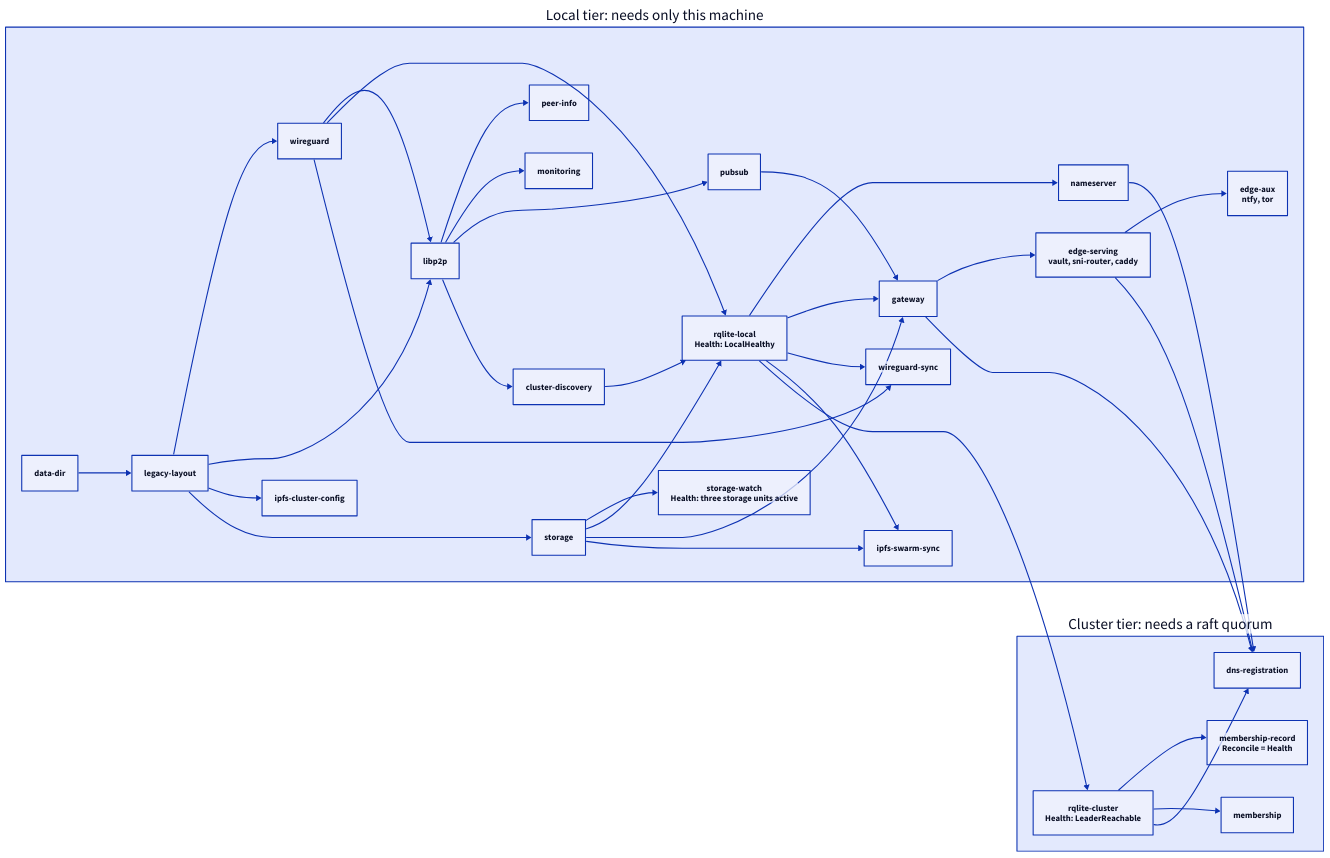
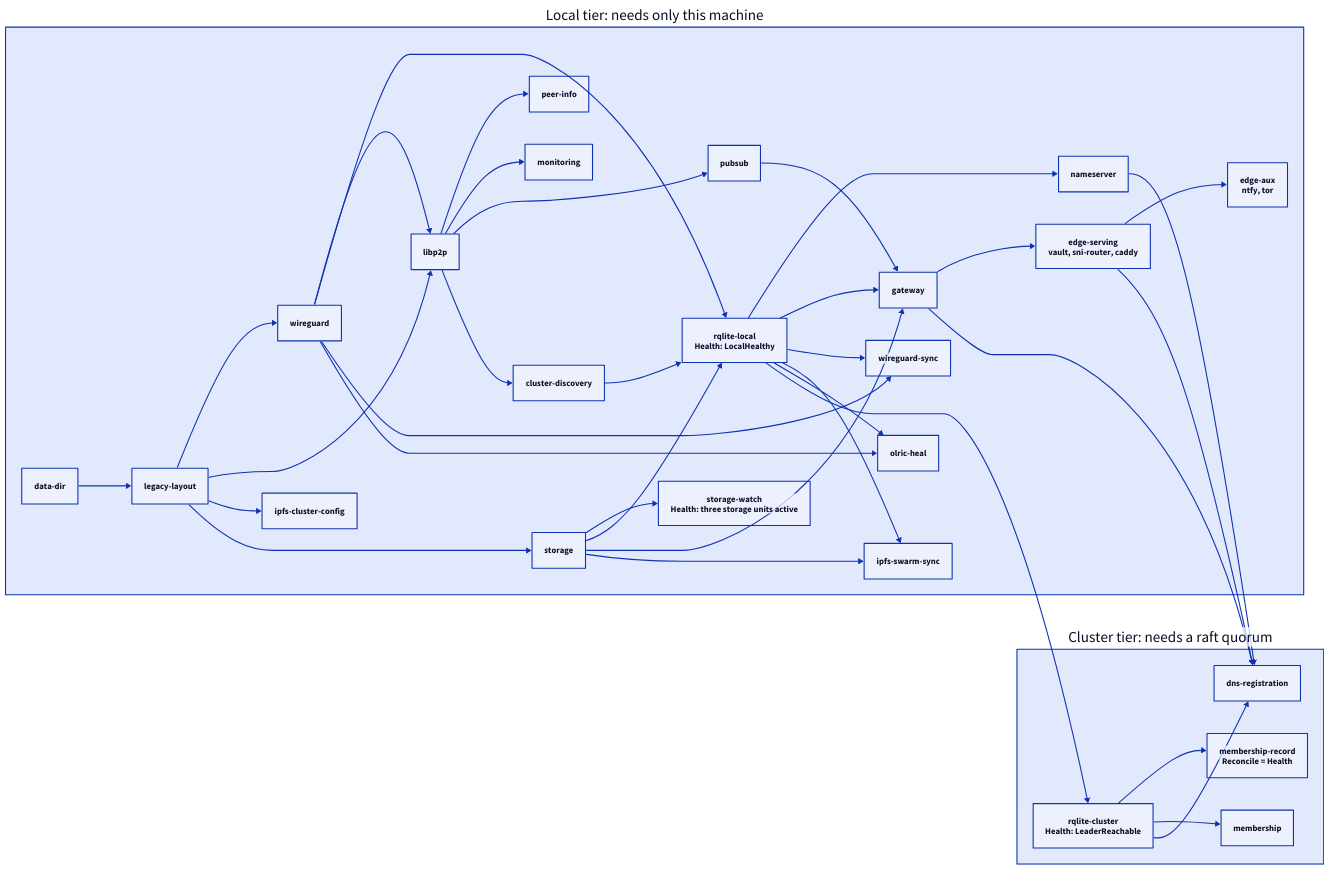
One commit to DeBrosOfficial/network changed the diagram in docs/whitepaper/technical-reference/diagrams/ch04-boot-graph.d2. Above: the diagram before and after it, drawn with D2. The commit also changed 18 other files, not shown here.

```diff
--- a/docs/whitepaper/technical-reference/diagrams/ch04-boot-graph.d2
+++ b/docs/whitepaper/technical-reference/diagrams/ch04-boot-graph.d2
@@ -1,61 +1,64 @@
 direction: right
 
 local: "Local tier: needs only this machine" {
   dd: "data-dir"
   ll: "legacy-layout"
   wg: "wireguard"
   p2p: "libp2p"
   pi: "peer-info"
   mon: "monitoring"
   ps: "pubsub"
   icc: "ipfs-cluster-config"
   st: "storage"
   sw: "storage-watch\nHealth: three storage units active"
   cd: "cluster-discovery"
   rl: "rqlite-local\nHealth: LocalHealthy"
   ns: "nameserver"
   gw: "gateway"
   es: "edge-serving\nvault, sni-router, caddy"
   ea: "edge-aux\nntfy, tor"
   wgs: "wireguard-sync"
   iss: "ipfs-swarm-sync"
+  oh: "olric-heal"
 }
 
 cluster: "Cluster tier: needs a raft quorum" {
   rc: "rqlite-cluster\nHealth: LeaderReachable"
   mr: "membership-record\nReconcile = Health"
   mem: "membership"
   dns: "dns-registration"
 }
 
 local.dd -> local.ll
 local.ll -> local.wg
 local.ll -> local.p2p
 local.wg -> local.p2p
 local.p2p -> local.pi
 local.p2p -> local.mon
 local.p2p -> local.ps
 local.ll -> local.icc
 local.ll -> local.st
 local.st -> local.sw
 local.p2p -> local.cd
 local.wg -> local.rl
 local.cd -> local.rl
 local.st -> local.rl
 local.rl -> local.ns
 local.rl -> local.gw
 local.st -> local.gw
 local.ps -> local.gw
 local.gw -> local.es
 local.es -> local.ea
 local.wg -> local.wgs
 local.rl -> local.wgs
 local.st -> local.iss
 local.rl -> local.iss
+local.wg -> local.oh
+local.rl -> local.oh
 local.rl -> cluster.rc
 cluster.rc -> cluster.mr
 cluster.rc -> cluster.mem
 cluster.rc -> cluster.dns
 local.gw -> cluster.dns
 local.ns -> cluster.dns
 local.es -> cluster.dns
```
